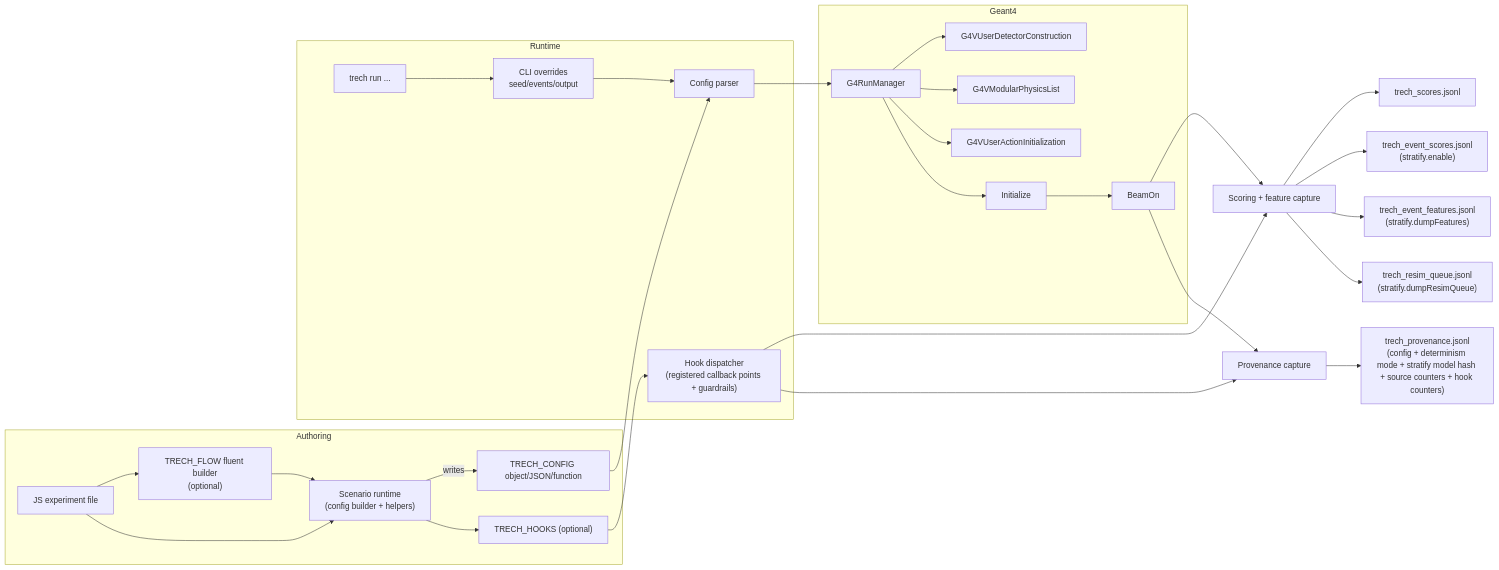
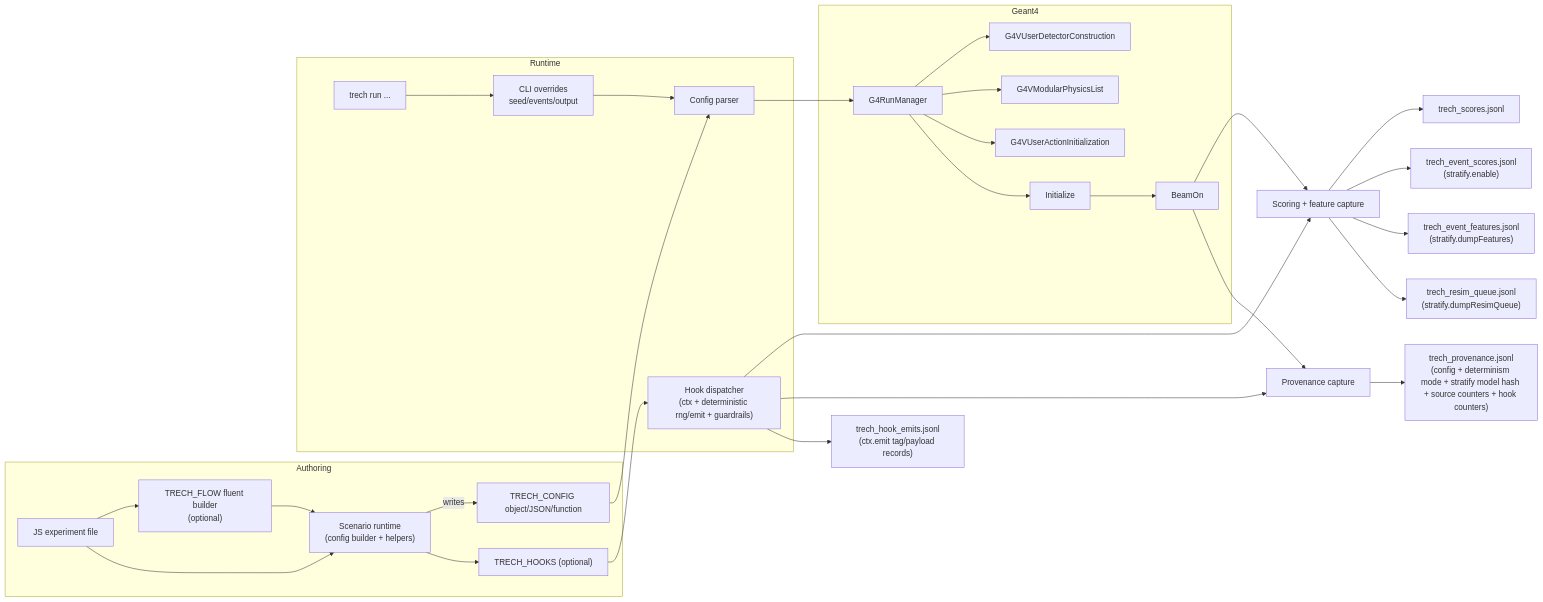
Before and after one commit to Geckos-Ink/trech: the first of 8 diagrams in CHARTS.md, drawn with Mermaid. The commit also changed other lines of this file and 19 other files, not shown here.

````diff
--- a/CHARTS.md
+++ b/CHARTS.md
@@ -9,33 +9,34 @@
 ```mermaid
 flowchart LR
   subgraph Authoring
     JS["JS experiment file"] --> FLOW["TRECH_FLOW fluent builder\n(optional)"]
     JS --> SCEN["Scenario runtime\n(config builder + helpers)"]
     FLOW --> SCEN
     SCEN -->|writes| CFG["TRECH_CONFIG object/JSON/function"]
     SCEN --> HOOKS["TRECH_HOOKS (optional)"]
   end
   subgraph Runtime
     CLI["trech run ..."] --> OV["CLI overrides\nseed/events/output"]
     CFG --> PARSE["Config parser"]
     OV --> PARSE
-    HOOKS --> HOOKDISP["Hook dispatcher\n(registered callback points + guardrails)"]
+    HOOKS --> HOOKDISP["Hook dispatcher\n(ctx + deterministic rng/emit + guardrails)"]
   end
   subgraph Geant4
     PARSE --> RM["G4RunManager"]
     RM --> DET["G4VUserDetectorConstruction"]
     RM --> PHY["G4VModularPhysicsList"]
     RM --> ACT["G4VUserActionInitialization"]
     RM --> INIT["Initialize"]
     INIT --> BEAM["BeamOn"]
   end
   BEAM --> SCORE["Scoring + feature capture"]
   BEAM --> PROV["Provenance capture"]
   HOOKDISP --> SCORE
   HOOKDISP --> PROV
   SCORE --> OUT1["trech_scores.jsonl"]
   SCORE --> OUT2["trech_event_scores.jsonl\n(stratify.enable)"]
   SCORE --> OUT3["trech_event_features.jsonl\n(stratify.dumpFeatures)"]
   SCORE --> OUT4["trech_resim_queue.jsonl\n(stratify.dumpResimQueue)"]
   PROV --> OUT5["trech_provenance.jsonl\n(config + determinism mode + stratify model hash + source counters + hook counters)"]
+  HOOKDISP --> OUT6["trech_hook_emits.jsonl\n(ctx.emit tag/payload records)"]
 ```
````
